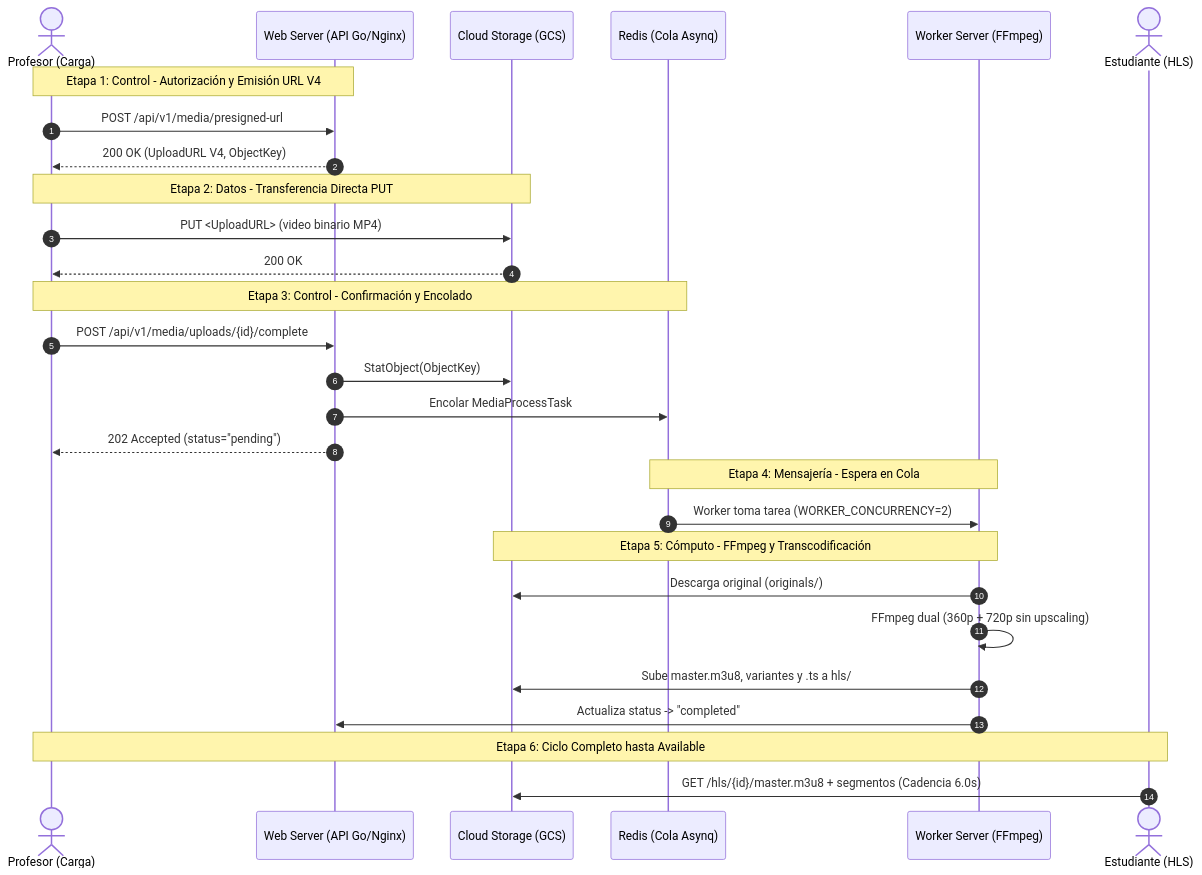
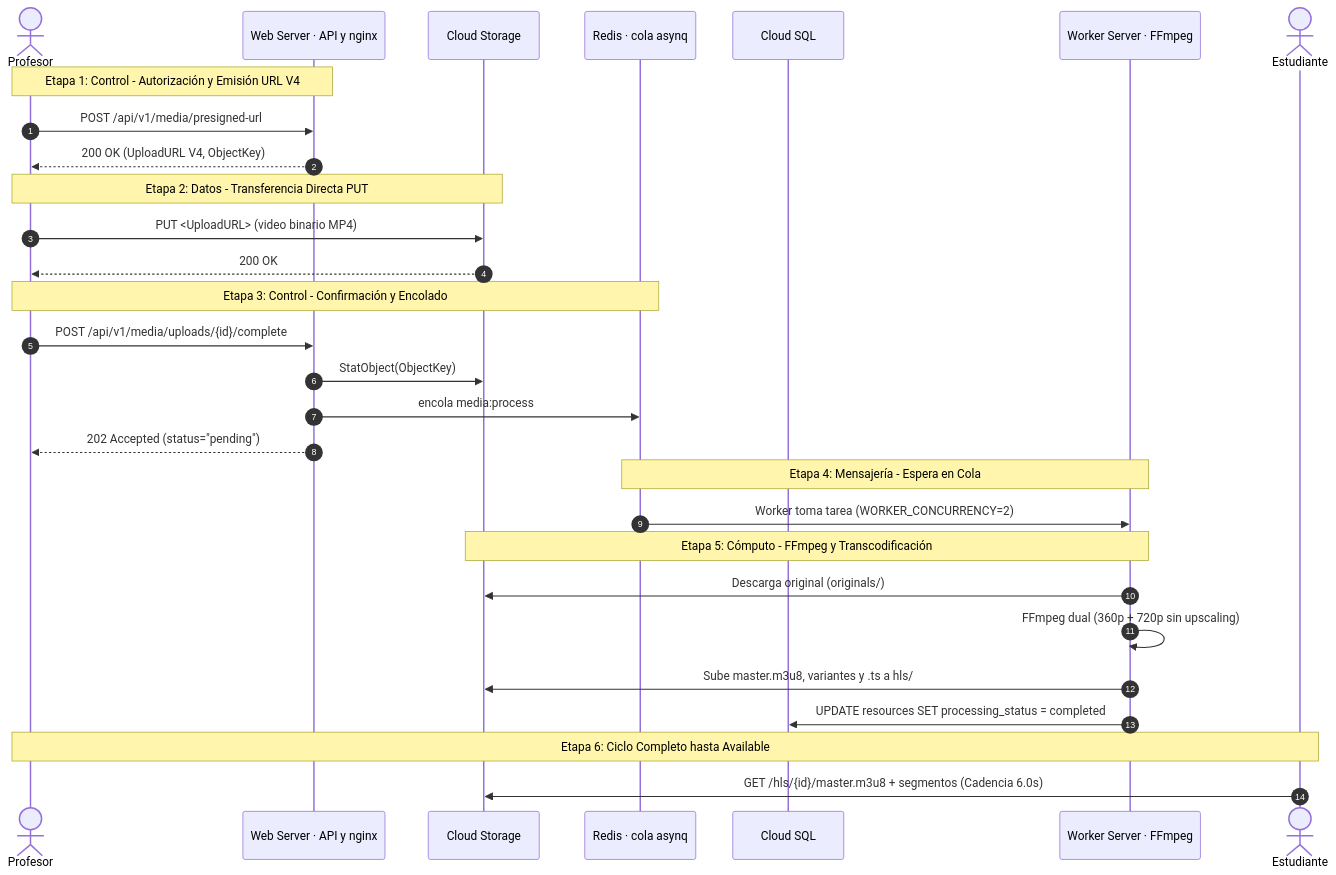
Before and after one commit to ISIS4426-2026/Plataforma-MOOC: the second of 3 diagrams in capacity-planning/pruebas_de_carga_entrega2.md, drawn with Mermaid. The commit also changed other lines of this file and 2 other files, not shown here.

Commit message:
docs: fix capacity diagrams and regenerate the report index

````diff
--- a/capacity-planning/pruebas_de_carga_entrega2.md
+++ b/capacity-planning/pruebas_de_carga_entrega2.md
@@ -310,36 +368,37 @@
 ```mermaid
 sequenceDiagram
     autonumber
-    actor Prof as Profesor (Carga)
-    participant API as Web Server (API Go/Nginx)
-    participant Storage as Cloud Storage (GCS)
-    participant Queue as Redis (Cola Asynq)
-    participant Worker as Worker Server (FFmpeg)
-    actor Est as Estudiante (HLS)
+    actor Prof as Profesor
+    participant API as Web Server · API y nginx
+    participant Storage as Cloud Storage
+    participant Queue as Redis · cola asynq
+    participant DB as Cloud SQL
+    participant Worker as Worker Server · FFmpeg
+    actor Est as Estudiante
 
     Note over Prof,API: Etapa 1: Control - Autorización y Emisión URL V4
     Prof->>API: POST /api/v1/media/presigned-url
     API-->>Prof: 200 OK (UploadURL V4, ObjectKey)
 
     Note over Prof,Storage: Etapa 2: Datos - Transferencia Directa PUT
     Prof->>Storage: PUT <UploadURL> (video binario MP4)
     Storage-->>Prof: 200 OK
 
     Note over Prof,Queue: Etapa 3: Control - Confirmación y Encolado
     Prof->>API: POST /api/v1/media/uploads/{id}/complete
     API->>Storage: StatObject(ObjectKey)
-    API->>Queue: Encolar MediaProcessTask
+    API->>Queue: encola media:process
     API-->>Prof: 202 Accepted (status="pending")
 
     Note over Queue,Worker: Etapa 4: Mensajería - Espera en Cola
     Queue->>Worker: Worker toma tarea (WORKER_CONCURRENCY=2)
 
     Note over Worker,Storage: Etapa 5: Cómputo - FFmpeg y Transcodificación
     Worker->>Storage: Descarga original (originals/)
     Worker->>Worker: FFmpeg dual (360p + 720p sin upscaling)
     Worker->>Storage: Sube master.m3u8, variantes y .ts a hls/
-    Worker->>API: Actualiza status -> "completed"
+    Worker->>DB: UPDATE resources SET processing_status = completed
 
     Note over Prof,Est: Etapa 6: Ciclo Completo hasta Available
     Est->>Storage: GET /hls/{id}/master.m3u8 + segmentos (Cadencia 6.0s)
 ```
````
